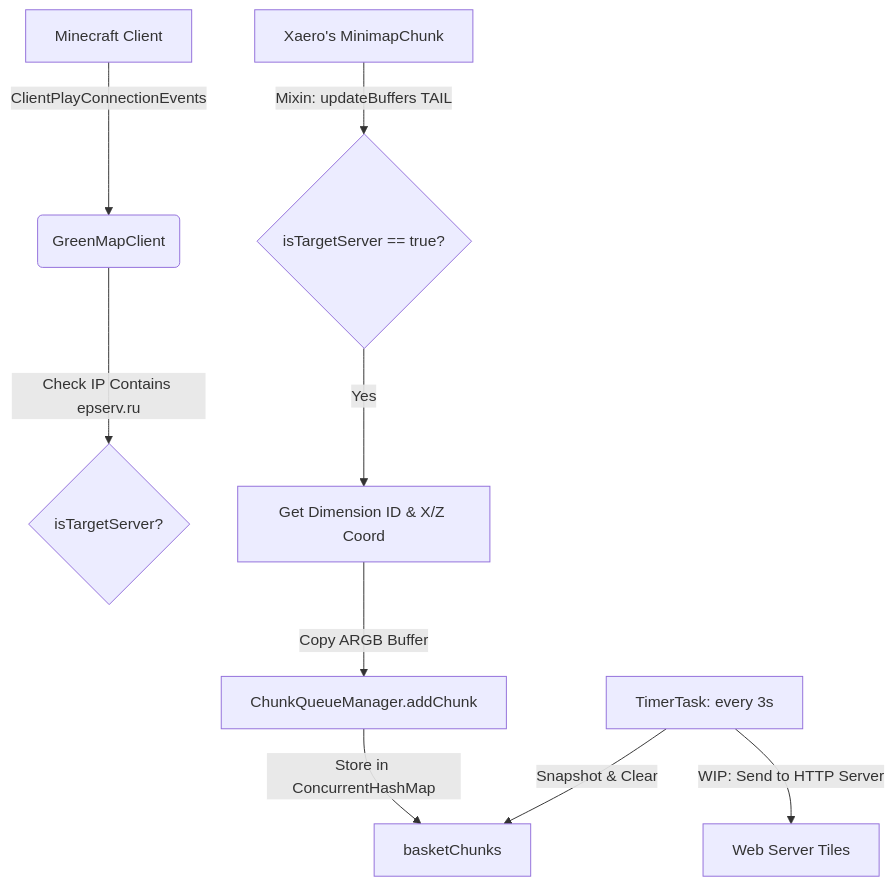
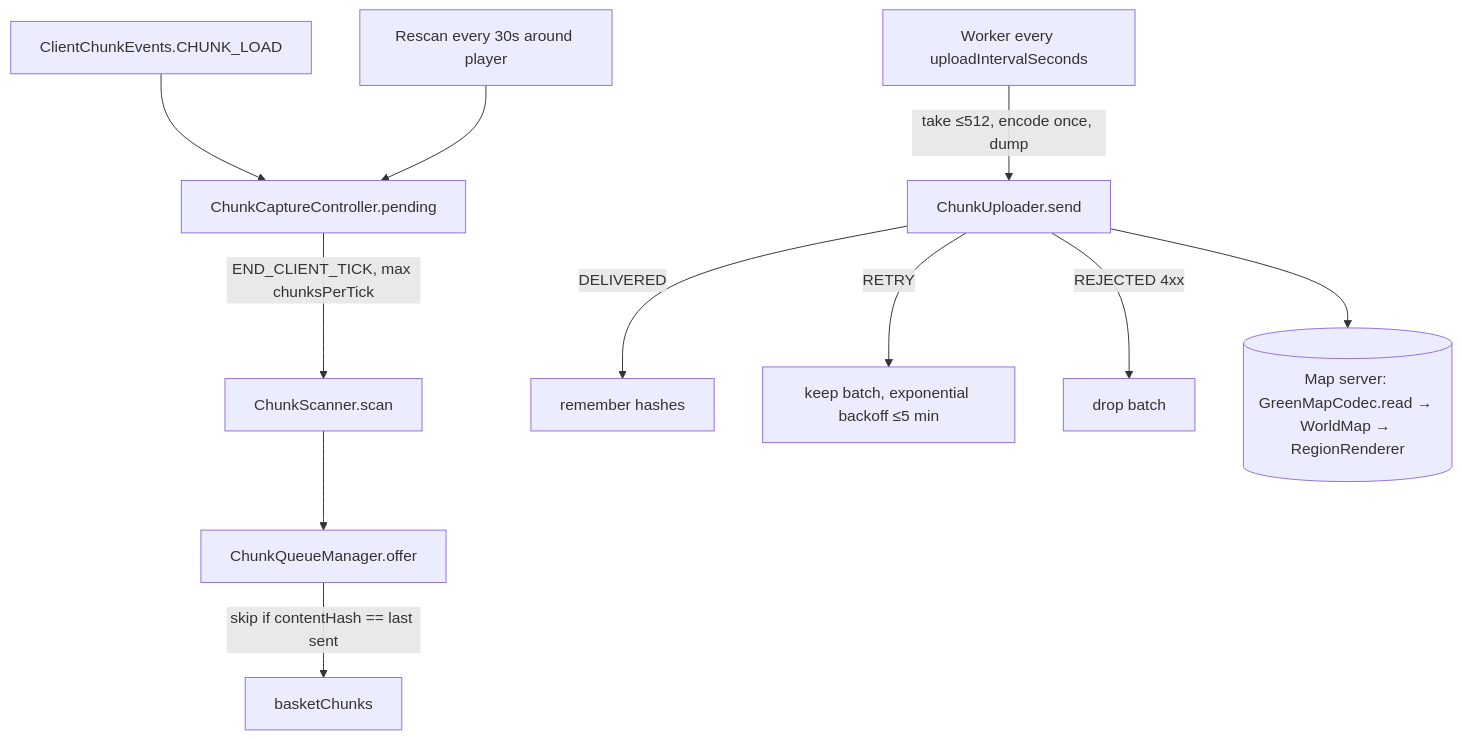
One commit to Greamples/GreenMap changed the diagram in AGENTS.md. Above: the diagram before and after it, drawn with Mermaid. The commit also changed other lines of this file, not shown here.

First line of the commit message:
[ai] docs: rewrite AGENTS.md for the semantic chunk pipeline

````diff
--- a/AGENTS.md
+++ b/AGENTS.md
@@ -41,11 +111,13 @@
 ```mermaid
 graph TD
-    A[Minecraft Client] -->|ClientPlayConnectionEvents| B(GreenMapClient)
-    B -->|Check IP Contains epserv.ru| C{isTargetServer?}
-    D[Xaero's MinimapChunk] -->|Mixin: updateBuffers TAIL| E{isTargetServer == true?}
-    E -->|Yes| F[Get Dimension ID & X/Z Coord]
-    F -->|Copy ARGB Buffer| G[ChunkQueueManager.addChunk]
-    G -->|Store in ConcurrentHashMap| H[basketChunks]
-    I[TimerTask: every 3s] -->|Snapshot & Clear| H
-    I -->|WIP: Send to HTTP Server| J[Web Server Tiles]
+    A[ClientChunkEvents.CHUNK_LOAD] --> C[ChunkCaptureController.pending]
+    B[Rescan every 30s around player] --> C
+    C -->|END_CLIENT_TICK, max chunksPerTick| D[ChunkScanner.scan]
+    D --> E[ChunkQueueManager.offer]
+    E -->|skip if contentHash == last sent| F[basketChunks]
+    G[Worker every uploadIntervalSeconds] -->|take ≤512, encode once, dump| H[ChunkUploader.send]
+    H -->|DELIVERED| I[remember hashes]
+    H -->|RETRY| J[keep batch, exponential backoff ≤5 min]
+    H -->|REJECTED 4xx| K[drop batch]
+    H --> L[(Map server: GreenMapCodec.read → WorldMap → RegionRenderer)]
 ```
````
